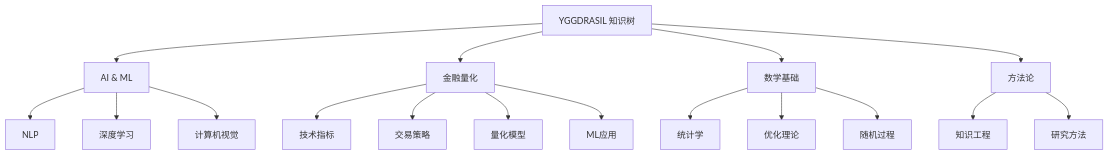
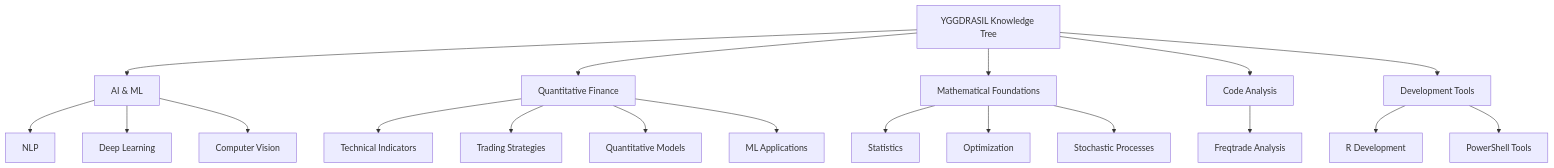
One commit to jinnnyang/YGGDRASIL changed the diagram in readme.md. Above: the diagram before and after it, drawn with Mermaid. The commit also changed other lines of this file and 1 other file, not shown here.

````diff
--- a/readme.md
+++ b/readme.md
@@ -116,23 +130,26 @@
 ```mermaid
 graph TD
-    A[YGGDRASIL 知识树] --> B[AI & ML]
-    A --> C[金融量化]
-    A --> D[数学基础]
-    A --> E[方法论]
+    A[YGGDRASIL Knowledge Tree] --> B[AI & ML]
+    A --> C[Quantitative Finance]
+    A --> D[Mathematical Foundations]
+    A --> E[Code Analysis]
+    A --> F[Development Tools]
     
     B --> B1[NLP]
-    B --> B2[深度学习]
-    B --> B3[计算机视觉]
+    B --> B2[Deep Learning]
+    B --> B3[Computer Vision]
     
-    C --> C1[技术指标]
-    C --> C2[交易策略]
-    C --> C3[量化模型]
-    C --> C4[ML应用]
+    C --> C1[Technical Indicators]
+    C --> C2[Trading Strategies]
+    C --> C3[Quantitative Models]
+    C --> C4[ML Applications]
     
-    D --> D1[统计学]
-    D --> D2[优化理论]
-    D --> D3[随机过程]
+    D --> D1[Statistics]
+    D --> D2[Optimization]
+    D --> D3[Stochastic Processes]
     
-    E --> E1[知识工程]
-    E --> E2[研究方法]
+    E --> E1[Freqtrade Analysis]
+    
+    F --> F1[R Development]
+    F --> F2[PowerShell Tools]
 ```
````
